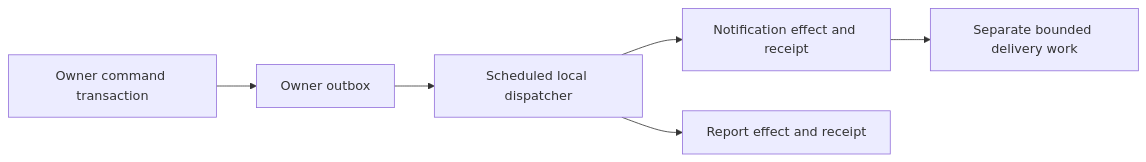
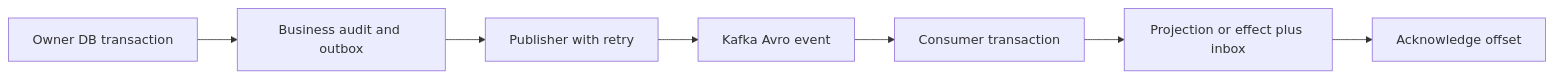
One commit to sakkol-git/meakea-attendance-tractker-microservice changed the third of 4 diagrams in docs/roadmap/ARCHITECTURE-REVIEW-V2.md. Above: the diagram before and after it, drawn with Mermaid. The commit also changed other lines of this file and 14 other files, not shown here.

````diff
--- a/docs/roadmap/ARCHITECTURE-REVIEW-V2.md
+++ b/docs/roadmap/ARCHITECTURE-REVIEW-V2.md
@@ -78,8 +104,9 @@
 ```mermaid
 flowchart LR
-    W["Owner command transaction"] --> O["Owner outbox"]
-    O --> D["Scheduled local dispatcher"]
-    D --> N["Notification effect and receipt"]
-    D --> R["Report effect and receipt"]
-    N --> P["Separate bounded delivery work"]
+    T["Owner DB transaction"] --> O["Business audit and outbox"]
+    O --> P["Publisher with retry"]
+    P --> K["Kafka Avro event"]
+    K --> C["Consumer transaction"]
+    C --> E["Projection or effect plus inbox"]
+    E --> A["Acknowledge offset"]
 ```
````
